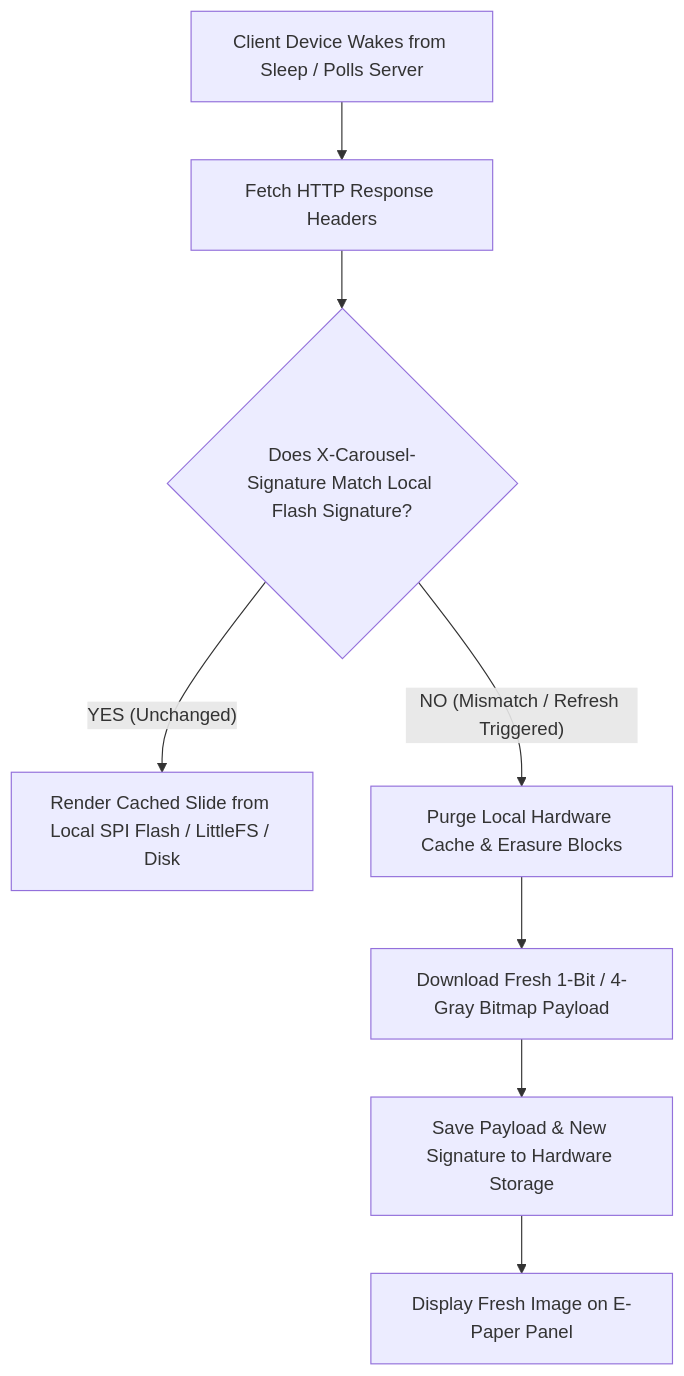
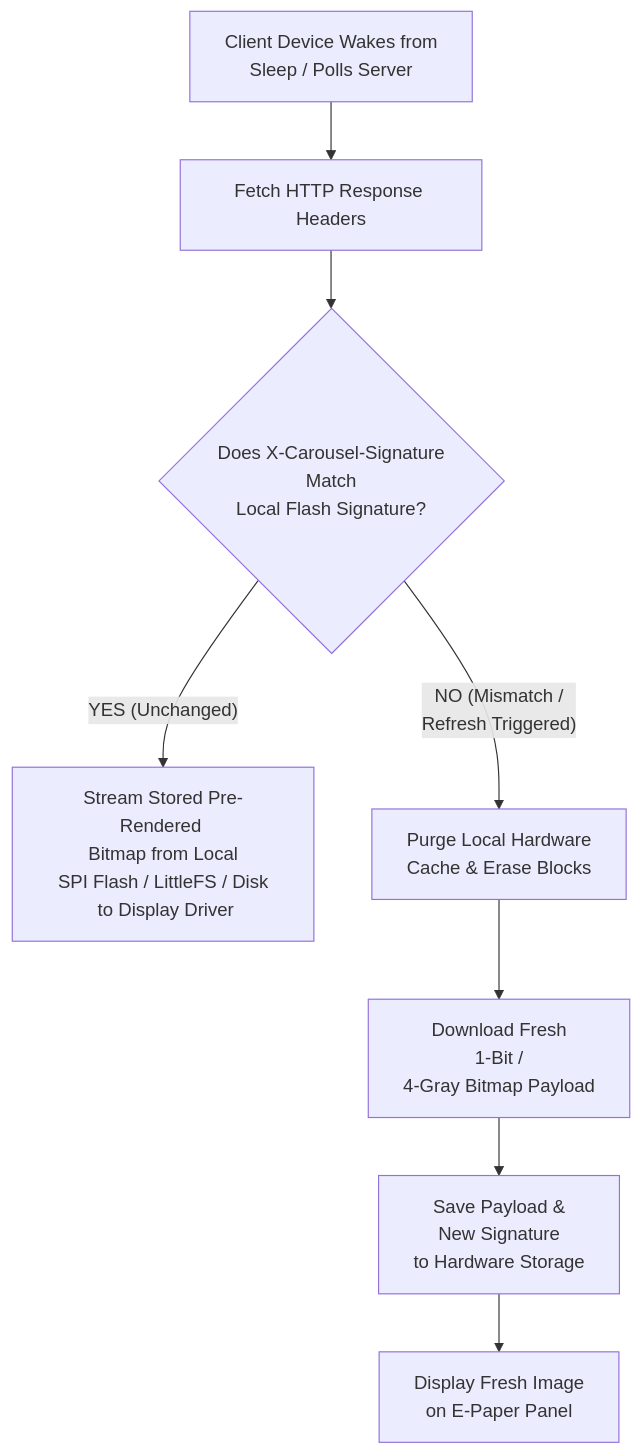
Before and after one commit to DerrickJEvans/inkflow-eink: the third of 3 diagrams in README.md, drawn with Mermaid. The commit also changed other lines of this file, not shown here.

Commit message:
docs: clarify server vs client image rendering timing and cache lifecycle

````diff
--- a/README.md
+++ b/README.md
@@ -595,10 +615,10 @@
 ```mermaid
 flowchart TD
-    A["Client Device Wakes from Sleep / Polls Server"] --> B["Fetch HTTP Response Headers"]
-    B --> C{"Does X-Carousel-Signature Match Local Flash Signature?"}
-    C -- "YES (Unchanged)" --> D["Render Cached Slide from Local SPI Flash / LittleFS / Disk"]
-    C -- "NO (Mismatch / Refresh Triggered)" --> F["Purge Local Hardware Cache & Erasure Blocks"]
-    F --> G["Download Fresh 1-Bit / 4-Gray Bitmap Payload"]
-    G --> H["Save Payload & New Signature to Hardware Storage"]
-    H --> I["Display Fresh Image on E-Paper Panel"]
+    A["Client Device Wakes from <br/> Sleep / Polls Server"] --> B["Fetch HTTP Response Headers"]
+    B --> C{"Does X-Carousel-Signature <br/> Match <br/> Local Flash Signature?"}
+    C -- "YES (Unchanged)" --> D["Stream Stored Pre-Rendered <br/> Bitmap from Local <br/> SPI Flash / LittleFS / Disk <br/> to Display Driver"]
+    C -- "NO (Mismatch / <br/> Refresh Triggered)" --> F["Purge Local Hardware <br/> Cache & Erase Blocks"]
+    F --> G["Download Fresh  <br/> 1-Bit / <br/> 4-Gray Bitmap Payload"]
+    G --> H["Save Payload & <br/> New Signature <br/> to Hardware Storage"]
+    H --> I["Display Fresh Image <br/> on E-Paper Panel"]
 ```
````
